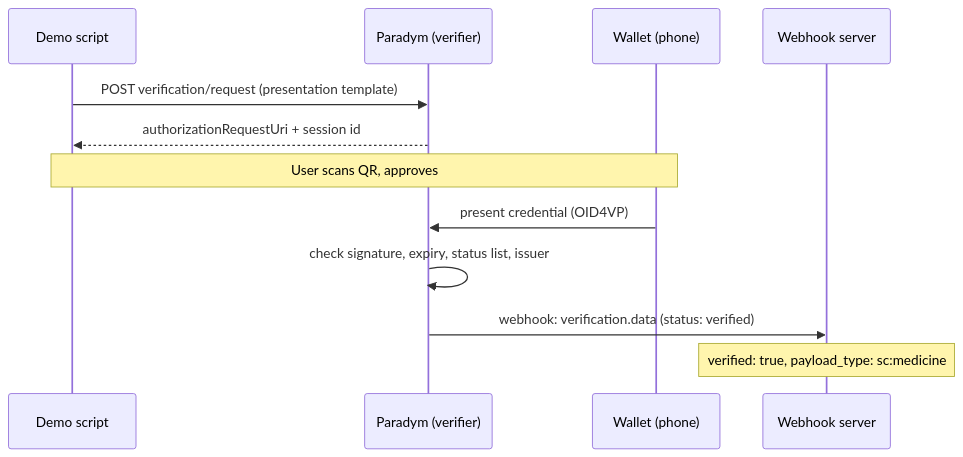
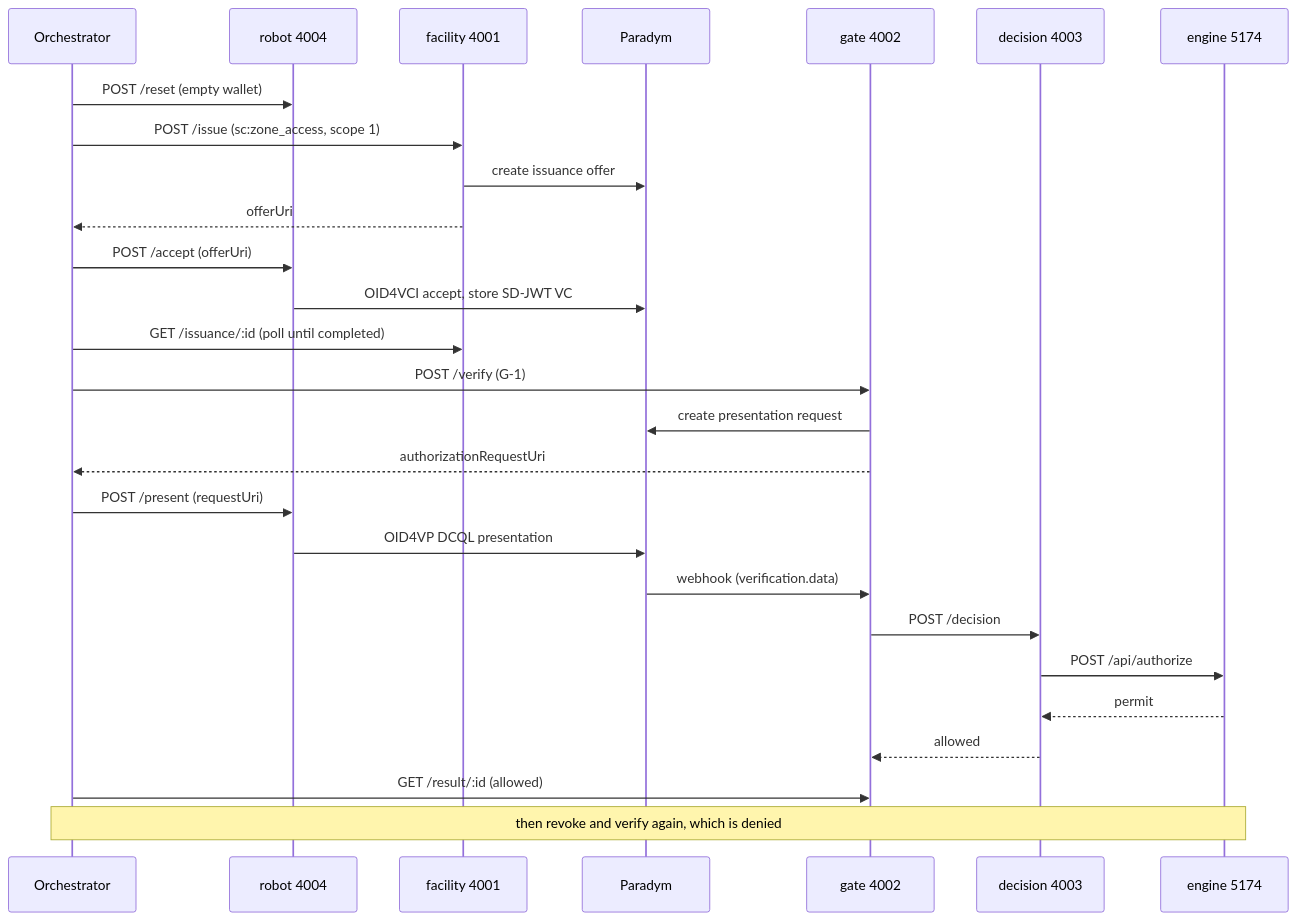
Before and after one commit to Mouazzama-dev/StormCatch-Credential: the second of 2 diagrams in README.md, drawn with Mermaid. The commit also changed other lines of this file, not shown here.

Commit message:
Rewrite README for the containerized headless architecture

````diff
--- a/README.md
+++ b/README.md
@@ -66,15 +54,30 @@
 ```mermaid
 sequenceDiagram
-    participant S as Demo script
-    participant P as Paradym (verifier)
-    participant W as Wallet (phone)
-    participant H as Webhook server
- 
-    S->>P: POST verification/request (presentation template)
-    P-->>S: authorizationRequestUri + session id
-    Note over S,W: User scans QR, approves
-    W->>P: present credential (OID4VP)
-    P->>P: check signature, expiry, status list, issuer
-    P->>H: webhook: verification.data (status: verified)
-    Note over H: verified: true, payload_type: sc:medicine
+    participant O as Orchestrator
+    participant R as robot 4004
+    participant F as facility 4001
+    participant P as Paradym
+    participant G as gate 4002
+    participant D as decision 4003
+    participant E as engine 5174
+
+    O->>R: POST /reset (empty wallet)
+    O->>F: POST /issue (sc:zone_access, scope 1)
+    F->>P: create issuance offer
+    F-->>O: offerUri
+    O->>R: POST /accept (offerUri)
+    R->>P: OID4VCI accept, store SD-JWT VC
+    O->>F: GET /issuance/:id (poll until completed)
+    O->>G: POST /verify (G-1)
+    G->>P: create presentation request
+    G-->>O: authorizationRequestUri
+    O->>R: POST /present (requestUri)
+    R->>P: OID4VP DCQL presentation
+    P->>G: webhook (verification.data)
+    G->>D: POST /decision
+    D->>E: POST /api/authorize
+    E-->>D: permit
+    D-->>G: allowed
+    O->>G: GET /result/:id (allowed)
+    Note over O,E: then revoke and verify again, which is denied
 ```
````
